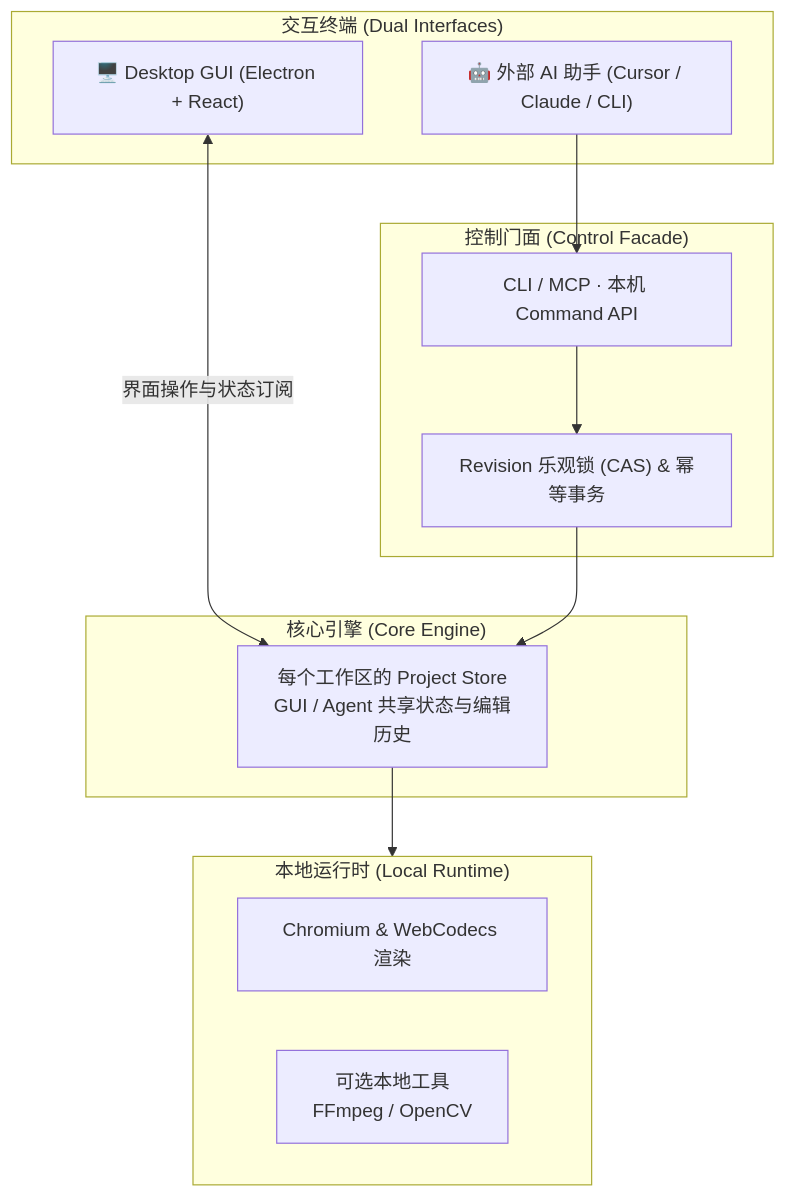
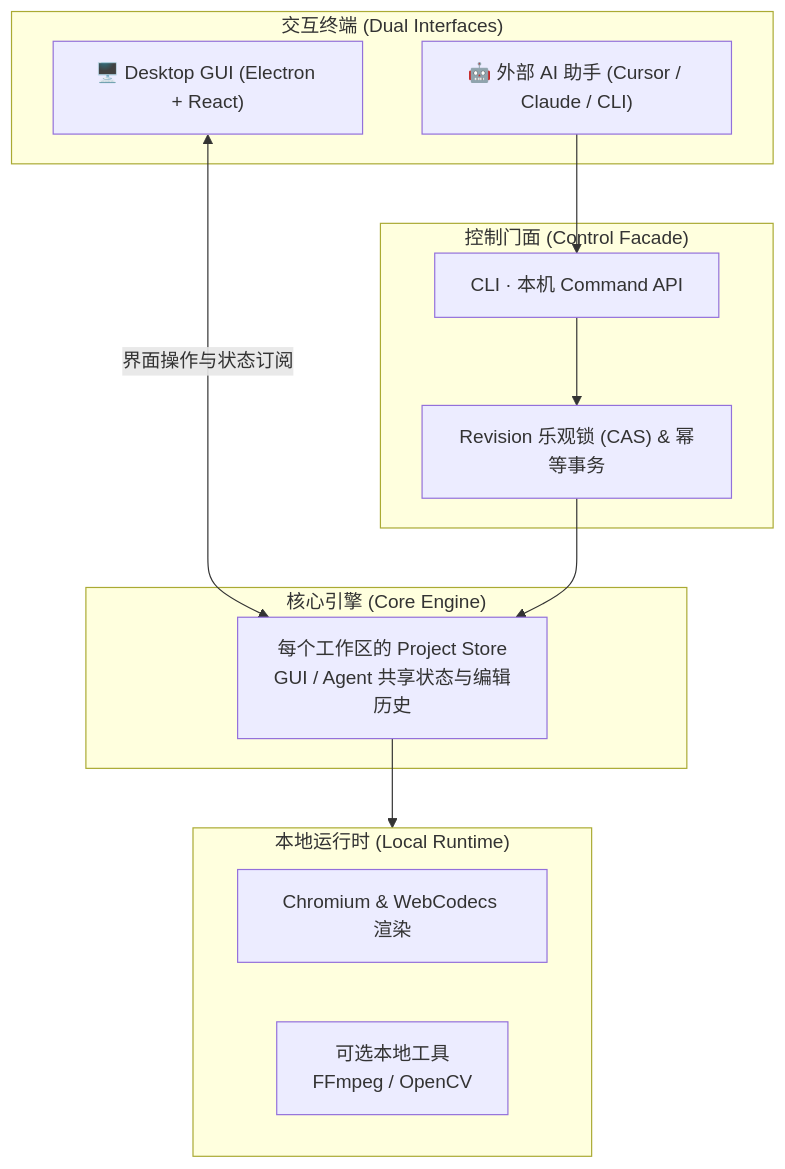
One commit to yuchen-ya/reelterminal changed the second of 2 diagrams in README.md. Above: the diagram before and after it, drawn with Mermaid. The commit also changed other lines of this file and 183 other files, not shown here.

````diff
--- a/README.md
+++ b/README.md
@@ -115,25 +115,25 @@
 ```mermaid
 flowchart TD
     subgraph Clients [" 交互终端 (Dual Interfaces) "]
         GUI["🖥️ Desktop GUI (Electron + React)"]
         Agent["🤖 外部 AI 助手 (Cursor / Claude / CLI)"]
     end
 
     subgraph Facade [" 控制门面 (Control Facade) "]
-        Bridge["CLI / MCP · 本机 Command API"]
+        Bridge["CLI · 本机 Command API"]
         Guard["Revision 乐观锁 (CAS) & 幂等事务"]
     end
 
     subgraph Core [" 核心引擎 (Core Engine) "]
         Store["每个工作区的 Project Store<br>GUI / Agent 共享状态与编辑历史"]
     end
 
     subgraph Runtime [" 本地运行时 (Local Runtime) "]
         Render["Chromium & WebCodecs 渲染"]
         Tools["可选本地工具<br>FFmpeg / OpenCV"]
     end
 
     GUI <-->|"界面操作与状态订阅"| Store
     Agent --> Bridge --> Guard --> Store
     Store --> Runtime
 ```
````
